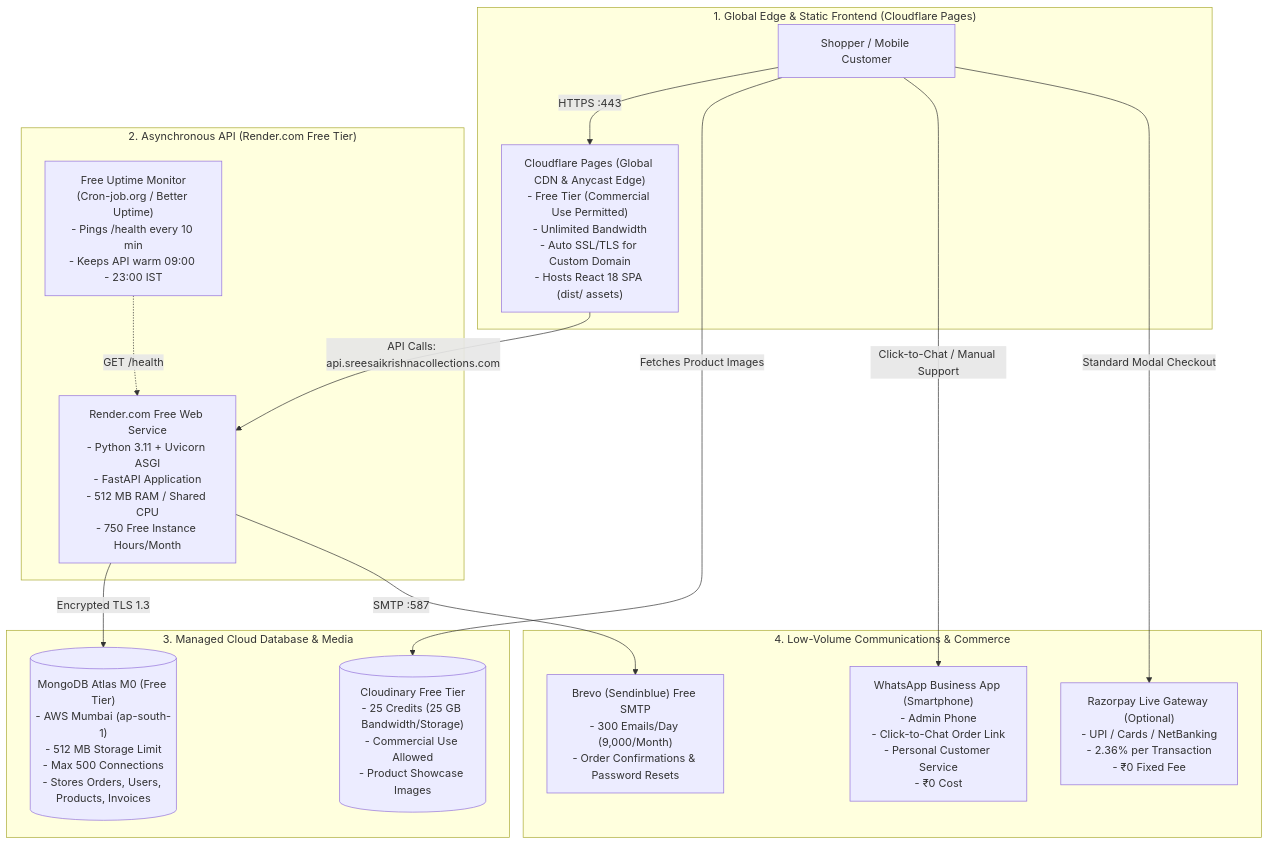
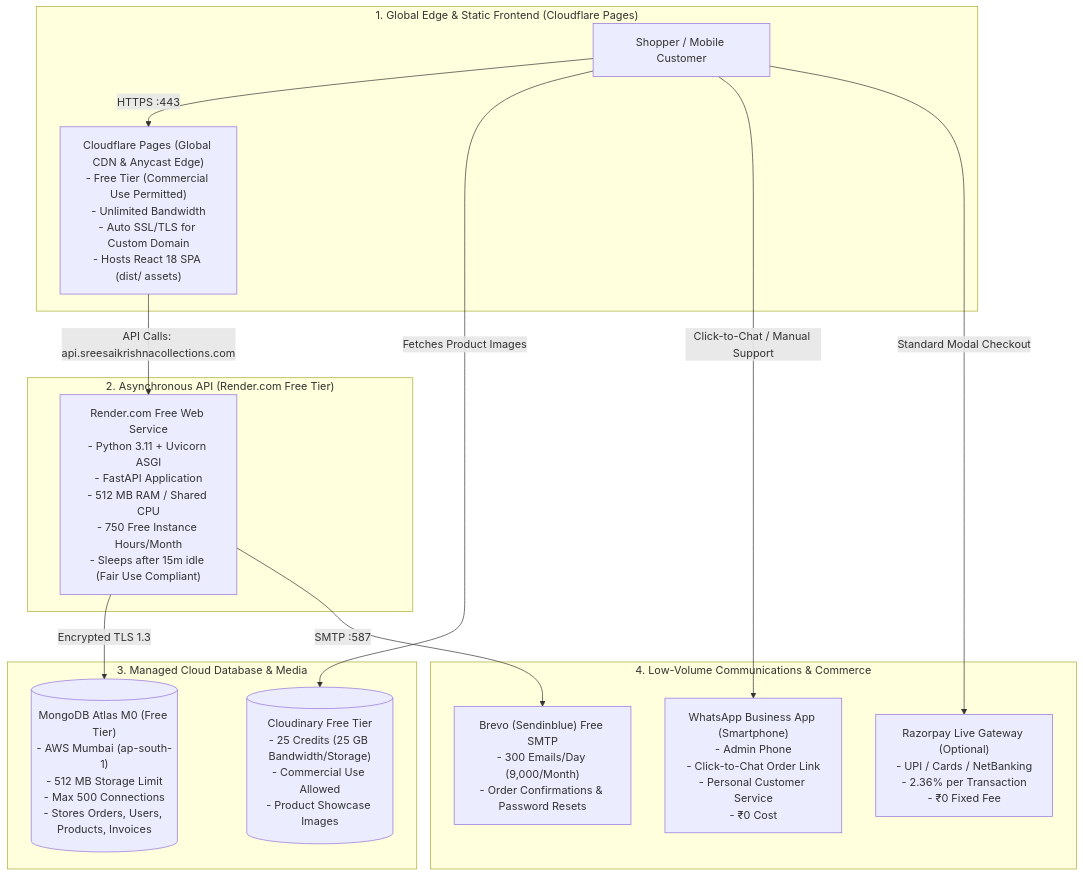
Before and after one commit to venkatasivanagasaikumar/sree-sai-krishna-collections: the diagram in SSK_LOW_COST_DEPLOYMENT_PLAN.md, drawn with Mermaid. The commit also changed other lines of this file and 6 other files, not shown here.

````diff
--- a/SSK_LOW_COST_DEPLOYMENT_PLAN.md
+++ b/SSK_LOW_COST_DEPLOYMENT_PLAN.md
@@ -41,32 +41,30 @@
 ```mermaid
 flowchart TD
     subgraph Global_Edge["1. Global Edge & Static Frontend (Cloudflare Pages)"]
         User["Shopper / Mobile Customer"]
         CF_Pages["Cloudflare Pages (Global CDN & Anycast Edge)\n- Free Tier (Commercial Use Permitted)\n- Unlimited Bandwidth\n- Auto SSL/TLS for Custom Domain\n- Hosts React 18 SPA (dist/ assets)"]
         User -->|HTTPS :443| CF_Pages
     end
 
     subgraph Backend_Cloud["2. Asynchronous API (Render.com Free Tier)"]
-        KeepWarm["Free Uptime Monitor\n(Cron-job.org / Better Uptime)\n- Pings /health every 10 min\n- Keeps API warm 09:00 - 23:00 IST"]
-        Render_API["Render.com Free Web Service\n- Python 3.11 + Uvicorn ASGI\n- FastAPI Application\n- 512 MB RAM / Shared CPU\n- 750 Free Instance Hours/Month"]
+        Render_API["Render.com Free Web Service\n- Python 3.11 + Uvicorn ASGI\n- FastAPI Application\n- 512 MB RAM / Shared CPU\n- 750 Free Instance Hours/Month\n- Sleeps after 15m idle (Fair Use Compliant)"]
         CF_Pages -->|API Calls: api.sreesaikrishnacollections.com| Render_API
-        KeepWarm -.->|GET /health| Render_API
     end
 
     subgraph Database_Storage["3. Managed Cloud Database & Media"]
         Atlas_M0[("MongoDB Atlas M0 (Free Tier)\n- AWS Mumbai (ap-south-1)\n- 512 MB Storage Limit\n- Max 500 Connections\n- Stores Orders, Users, Products, Invoices")]
         Cloudinary[("Cloudinary Free Tier\n- 25 Credits (25 GB Bandwidth/Storage)\n- Commercial Use Allowed\n- Product Showcase Images")]
         Render_API -->|Encrypted TLS 1.3| Atlas_M0
         User -->|Fetches Product Images| Cloudinary
     end
 
     subgraph Business_Services["4. Low-Volume Communications & Commerce"]
         Brevo["Brevo (Sendinblue) Free SMTP\n- 300 Emails/Day (9,000/Month)\n- Order Confirmations & Password Resets"]
         WhatsApp_Manual["WhatsApp Business App (Smartphone)\n- Admin Phone\n- Click-to-Chat Order Link\n- Personal Customer Service\n- ₹0 Cost"]
         Razorpay["Razorpay Live Gateway (Optional)\n- UPI / Cards / NetBanking\n- 2.36% per Transaction\n- ₹0 Fixed Fee"]
         
         Render_API -->|SMTP :587| Brevo
         User -->|Click-to-Chat / Manual Support| WhatsApp_Manual
         User -->|Standard Modal Checkout| Razorpay
     end
 ```
````
